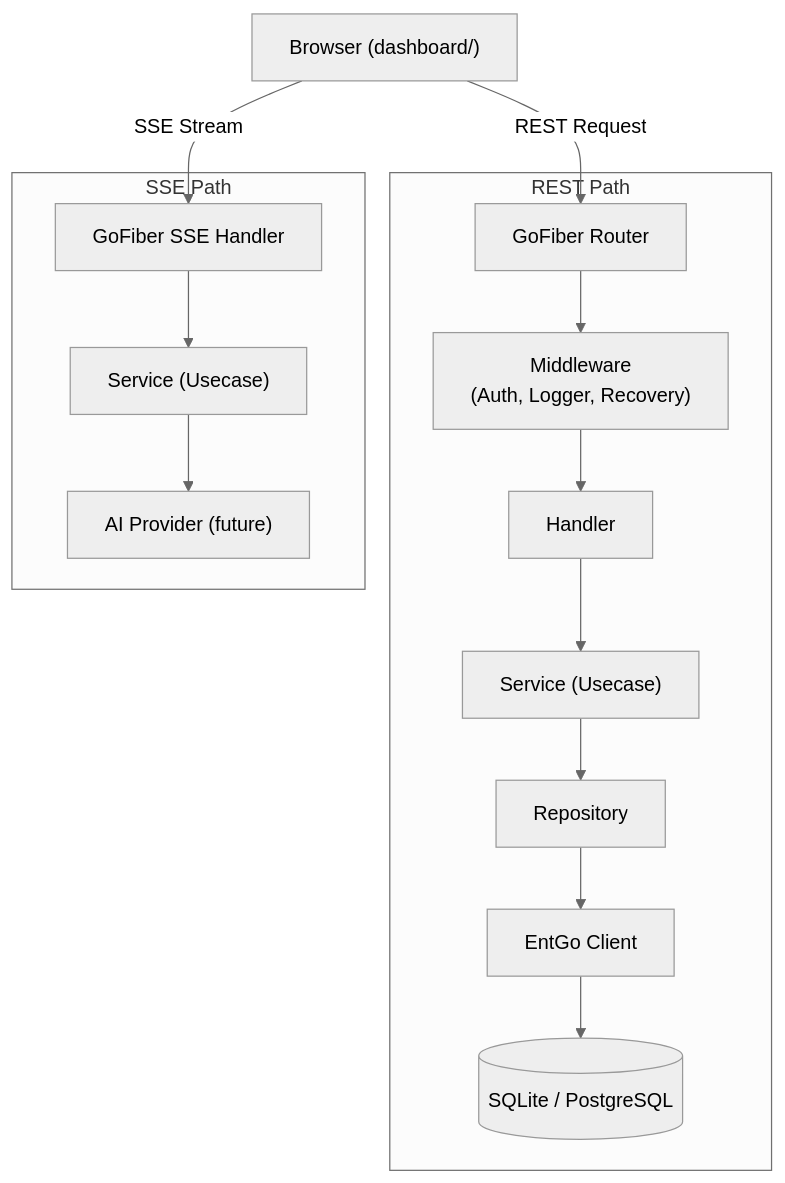
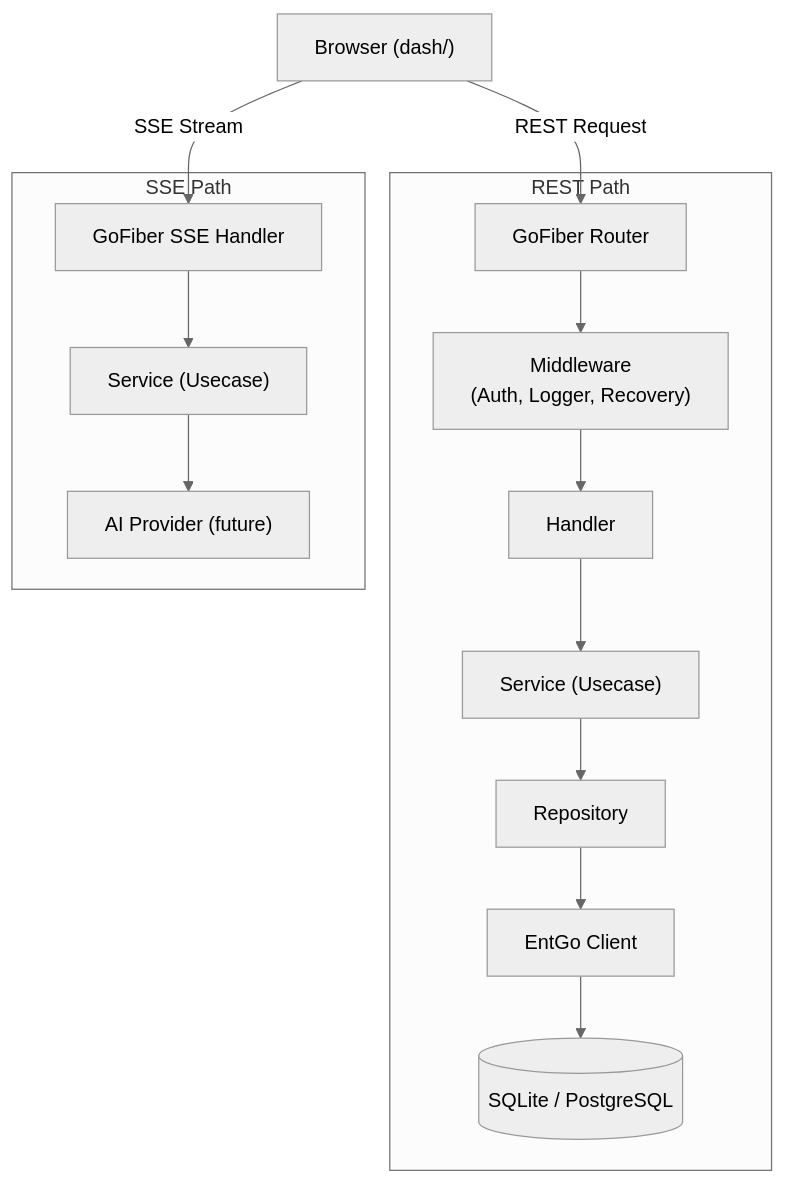
One commit to kilip/opus changed the second of 4 diagrams in docs/ARCHITECTURE.md. Above: the diagram before and after it, drawn with Mermaid (neutral theme). The commit also changed other lines of this file and 112 other files, not shown here.

Commit message:
refactor: rename dashboard directory to dash

````diff
--- a/docs/ARCHITECTURE.md
+++ b/docs/ARCHITECTURE.md
@@ -171,32 +171,32 @@
 ```mermaid
 graph TD
-    BROWSER["Browser (dashboard/)"]
+    BROWSER["Browser (dash/)"]
     
     subgraph "REST Path"
         ROUTER["GoFiber Router"]
         MIDDLEWARE["Middleware<br/>(Auth, Logger, Recovery)"]
         HANDLER["Handler"]
         SERVICE["Service (Usecase)"]
         REPO["Repository"]
         ENT["EntGo Client"]
         DB[("SQLite / PostgreSQL")]
     end
 
     subgraph "SSE Path"
         SSE_HANDLER["GoFiber SSE Handler"]
         SSE_SERVICE["Service (Usecase)"]
         AI["AI Provider (future)"]
     end
 
     BROWSER -- "REST Request" --> ROUTER
     ROUTER --> MIDDLEWARE
     MIDDLEWARE --> HANDLER
     HANDLER --> SERVICE
     SERVICE --> REPO
     REPO --> ENT
     ENT --> DB
 
     BROWSER -- "SSE Stream" --> SSE_HANDLER
     SSE_HANDLER --> SSE_SERVICE
     SSE_SERVICE --> AI
 ```
````
